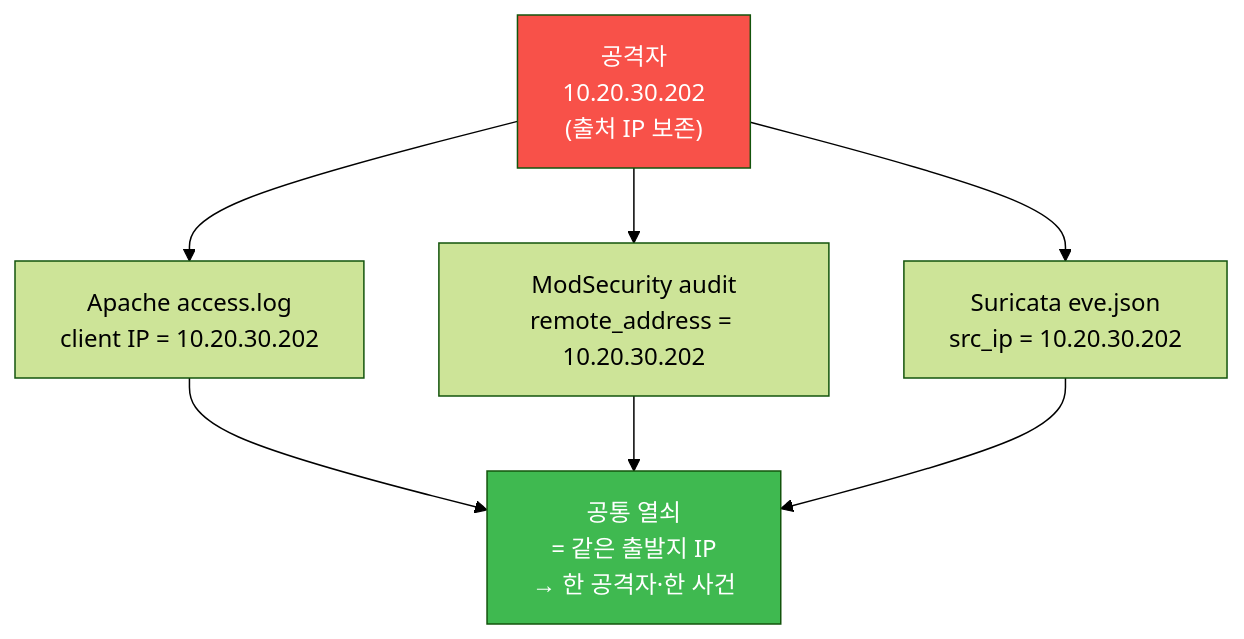
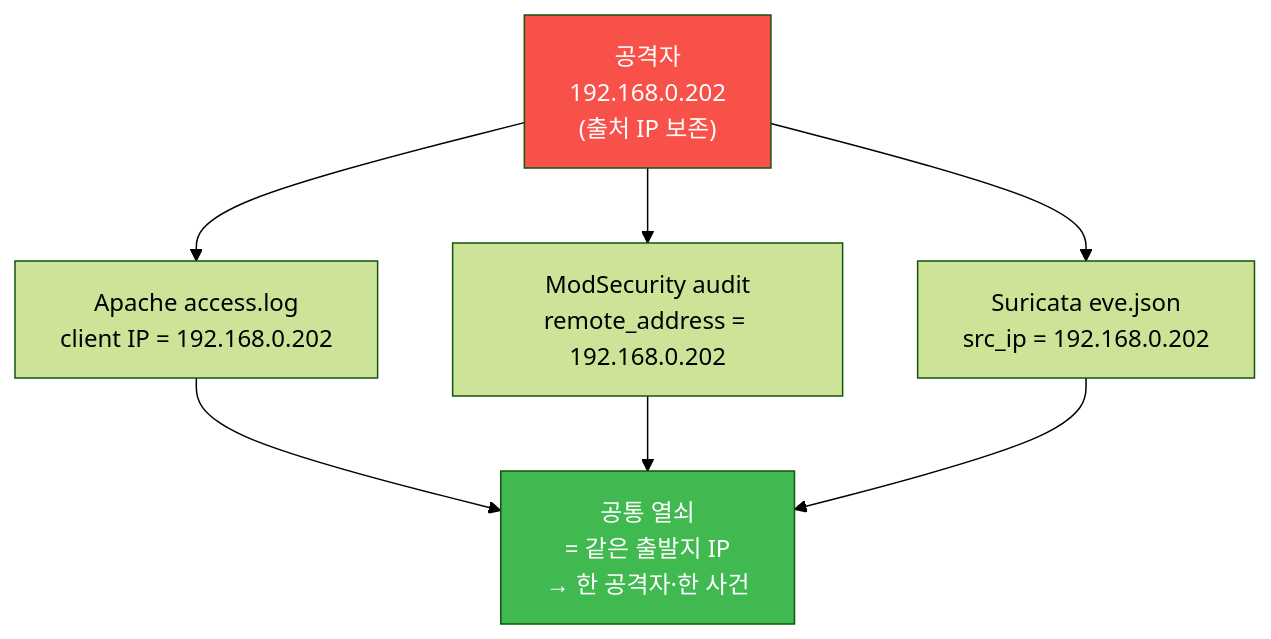
One commit to mrgrit/tw2 changed the first of 6 diagrams in contents/training/soc/lecture_week03.md. Above: the diagram before and after it, drawn with Mermaid (forest theme). The commit also changed other lines of this file and 304 other files, not shown here.

````diff
--- a/contents/training/soc/lecture_week03.md
+++ b/contents/training/soc/lecture_week03.md
@@ -154,16 +154,16 @@
 ```mermaid
 graph TD
-    ATK["공격자<br/>10.20.30.202<br/>(출처 IP 보존)"]
-    L1["Apache access.log<br/>client IP = 10.20.30.202"]
-    L2["ModSecurity audit<br/>remote_address = 10.20.30.202"]
-    L3["Suricata eve.json<br/>src_ip = 10.20.30.202"]
+    ATK["공격자<br/>192.168.0.202<br/>(출처 IP 보존)"]
+    L1["Apache access.log<br/>client IP = 192.168.0.202"]
+    L2["ModSecurity audit<br/>remote_address = 192.168.0.202"]
+    L3["Suricata eve.json<br/>src_ip = 192.168.0.202"]
     KEY["공통 열쇠<br/>= 같은 출발지 IP<br/>→ 한 공격자·한 사건"]
     ATK --> L1
     ATK --> L2
     ATK --> L3
     L1 --> KEY
     L2 --> KEY
     L3 --> KEY
     style ATK fill:#f85149,color:#fff
     style KEY fill:#3fb950,color:#fff
 ```
````
